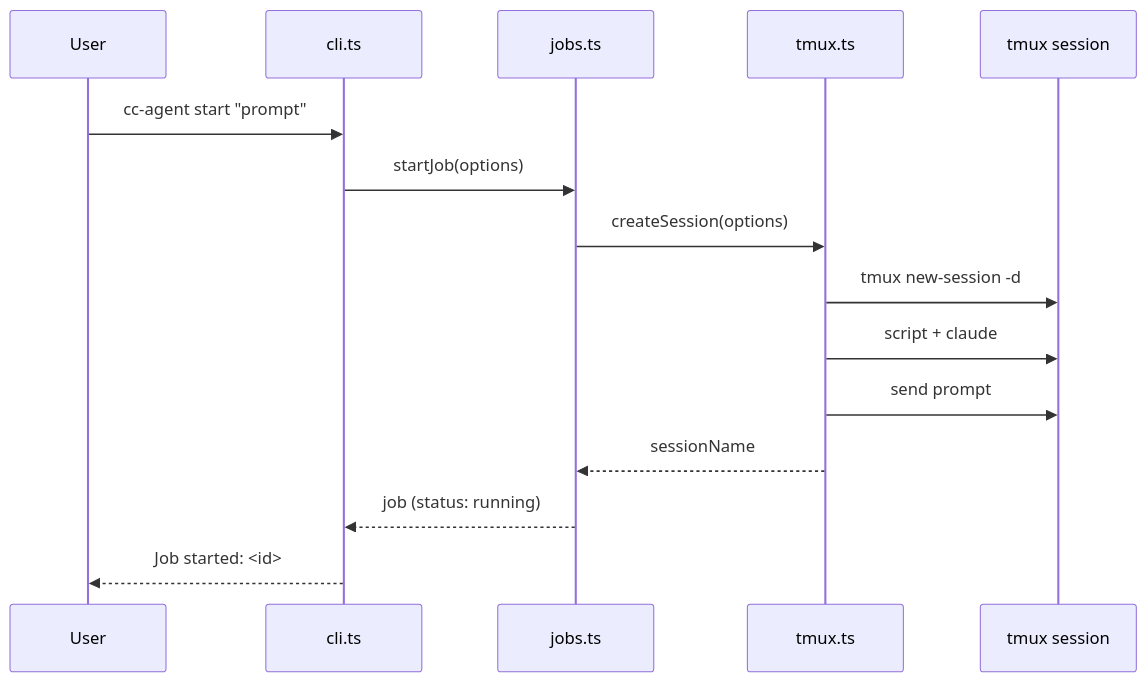
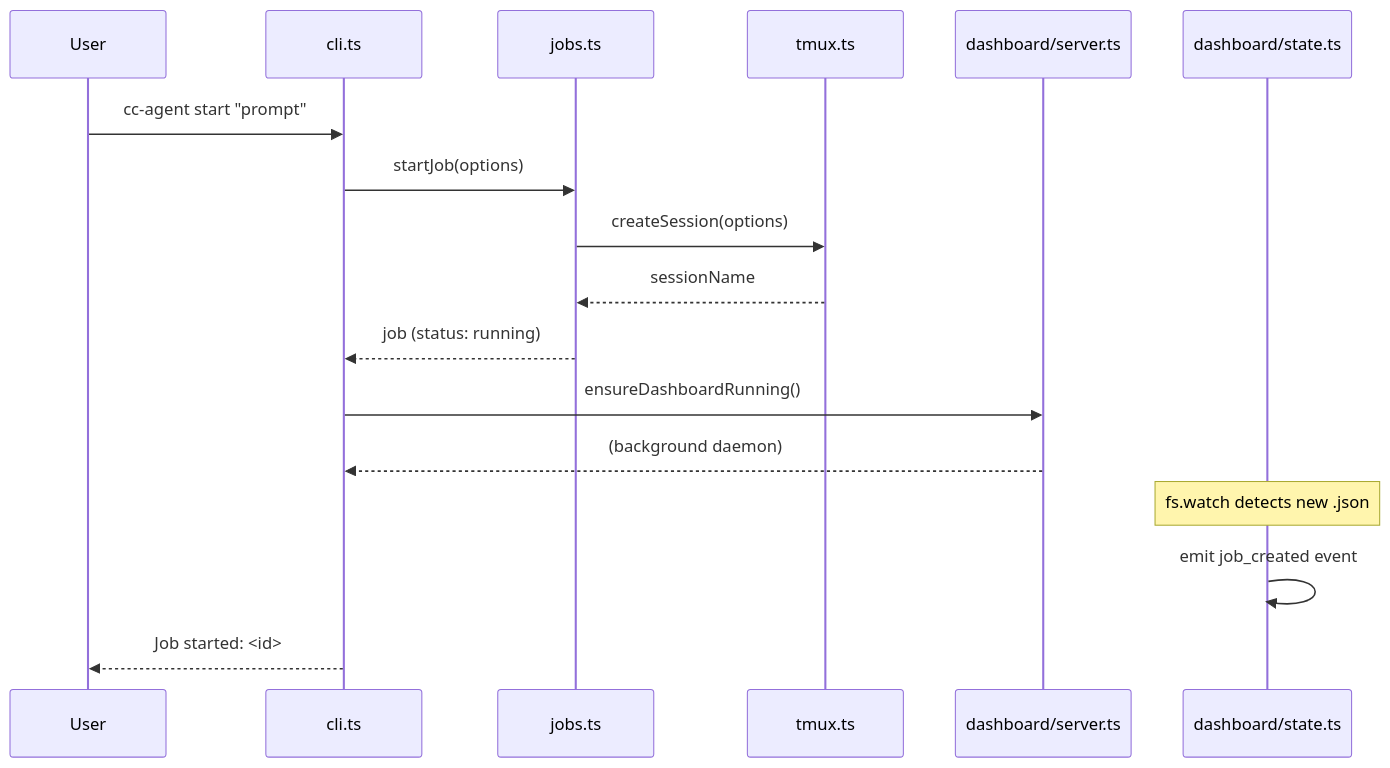
Before and after one commit to Narcis13/cc-master: the second of 5 diagrams in docs/CODEBASE_MAP.md, drawn with Mermaid. The commit also changed other lines of this file and 9 other files, not shown here.

````diff
--- a/docs/CODEBASE_MAP.md
+++ b/docs/CODEBASE_MAP.md
@@ -213,18 +420,20 @@
 ```mermaid
 sequenceDiagram
     participant User
     participant CLI as cli.ts
     participant Jobs as jobs.ts
     participant Tmux as tmux.ts
-    participant Session as tmux session
+    participant Dashboard as dashboard/server.ts
+    participant State as dashboard/state.ts
 
     User->>CLI: cc-agent start "prompt"
     CLI->>Jobs: startJob(options)
     Jobs->>Tmux: createSession(options)
-    Tmux->>Session: tmux new-session -d
-    Tmux->>Session: script + claude
-    Tmux->>Session: send prompt
     Tmux-->>Jobs: sessionName
     Jobs-->>CLI: job (status: running)
+    CLI->>Dashboard: ensureDashboardRunning()
+    Dashboard-->>CLI: (background daemon)
+    Note over State: fs.watch detects new .json
+    State->>State: emit job_created event
     CLI-->>User: Job started: <id>
 ```
````
